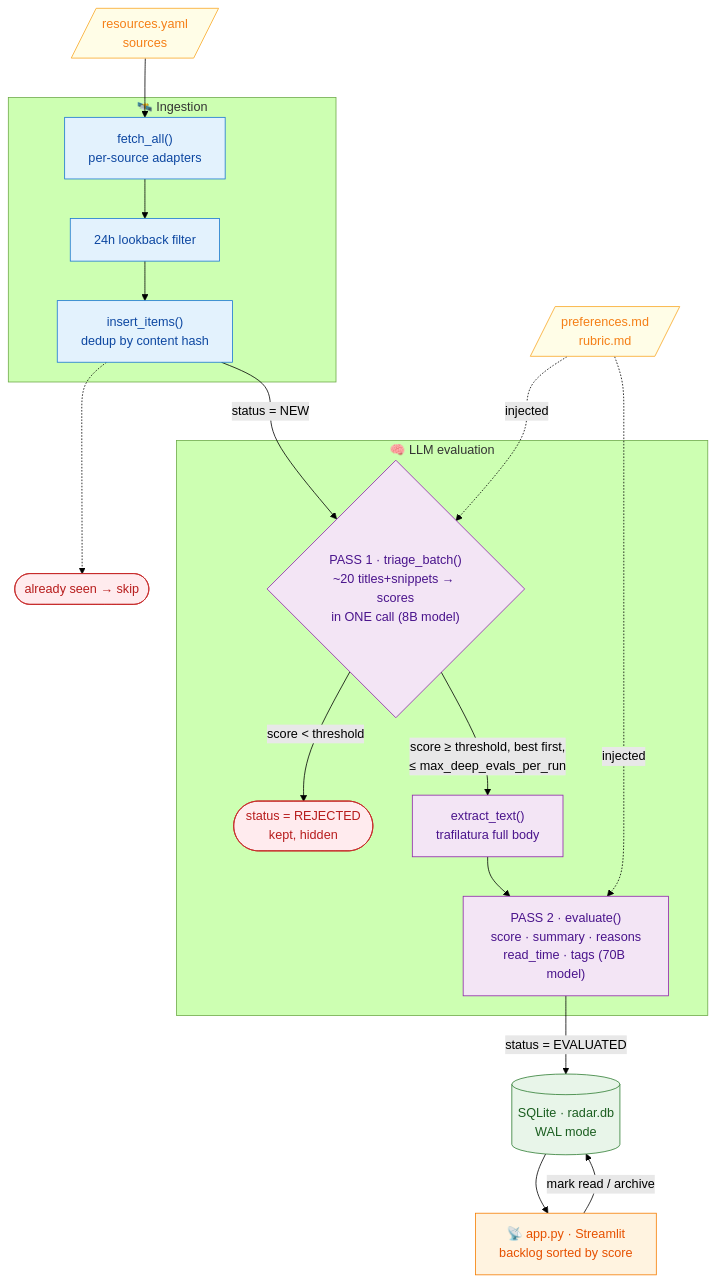
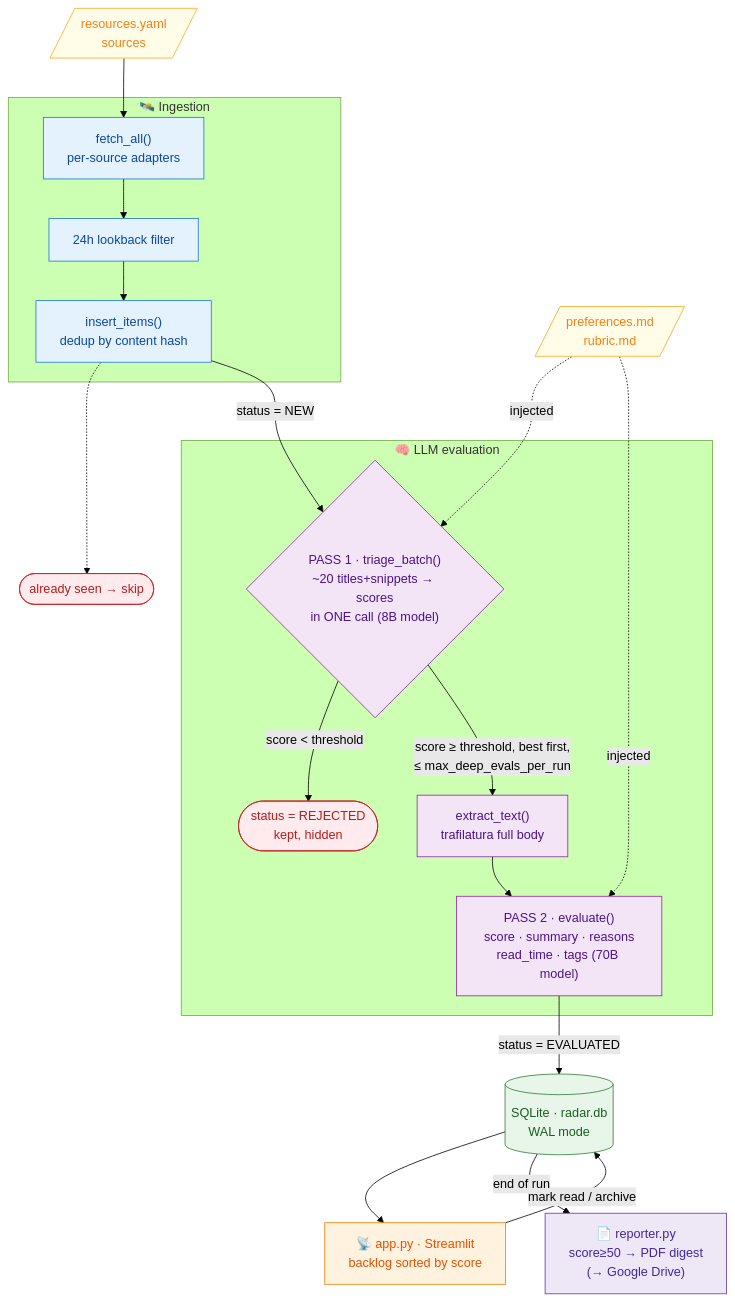
One commit to dvallslanaquera/ai-radar changed the diagram in README.md. Above: the diagram before and after it, drawn with Mermaid (forest theme). The commit also changed other lines of this file, not shown here.

First line of the commit message:
docs: document the PDF digest, run-history view, and Reddit time budget

````diff
--- a/README.md
+++ b/README.md
@@ -173,49 +182,53 @@
 ```mermaid
 flowchart TD
     SRC[/"resources.yaml<br/>sources"/]
     PROMPTS[/"preferences.md<br/>rubric.md"/]
 
     subgraph INGEST["🛰️ Ingestion"]
         FETCH["fetch_all()<br/>per-source adapters"]
         FILTER["24h lookback filter"]
         DEDUP["insert_items()<br/>dedup by content hash"]
         FETCH --> FILTER --> DEDUP
     end
 
     SKIP(["already seen → skip"])
     DEDUP -.-> SKIP
 
     subgraph EVAL["🧠 LLM evaluation"]
         P1{"PASS 1 · triage_batch()<br/>~20 titles+snippets → scores<br/>in ONE call (8B model)"}
         REJ(["status = REJECTED<br/>kept, hidden"])
         EXTRACT["extract_text()<br/>trafilatura full body"]
         P2["PASS 2 · evaluate()<br/>score · summary · reasons<br/>read_time · tags (70B model)"]
         P1 -->|"score &lt; threshold"| REJ
         P1 -->|"score ≥ threshold, best first,<br/>≤ max_deep_evals_per_run"| EXTRACT --> P2
     end
 
     DB[("SQLite · radar.db<br/>WAL mode")]
     UI["📡 app.py · Streamlit<br/>backlog sorted by score"]
+    PDF["📄 reporter.py<br/>score≥50 → PDF digest<br/>(→ Google Drive)"]
 
     SRC --> FETCH
     DEDUP -->|"status = NEW"| P1
     PROMPTS -.->|injected| P1
     PROMPTS -.->|injected| P2
     P2 -->|"status = EVALUATED"| DB
     DB --> UI
     UI -->|"mark read / archive"| DB
+    DB -->|"end of run"| PDF
 
     classDef ingest fill:#e3f2fd,stroke:#1976d2,color:#0d47a1;
     classDef llm fill:#f3e5f5,stroke:#8e24aa,color:#4a148c;
     classDef store fill:#e8f5e9,stroke:#2e7d32,color:#1b5e20;
     classDef ui fill:#fff3e0,stroke:#f57c00,color:#e65100;
     classDef drop fill:#ffebee,stroke:#c62828,color:#b71c1c;
     classDef cfg fill:#fffde7,stroke:#f9a825,color:#f57f17;
+    classDef report fill:#ede7f6,stroke:#5e35b1,color:#4527a0;
 
     class FETCH,FILTER,DEDUP ingest;
     class P1,EXTRACT,P2 llm;
     class DB store;
     class UI ui;
+    class PDF report;
     class SKIP,REJ drop;
     class SRC,PROMPTS cfg;
 ```
````
